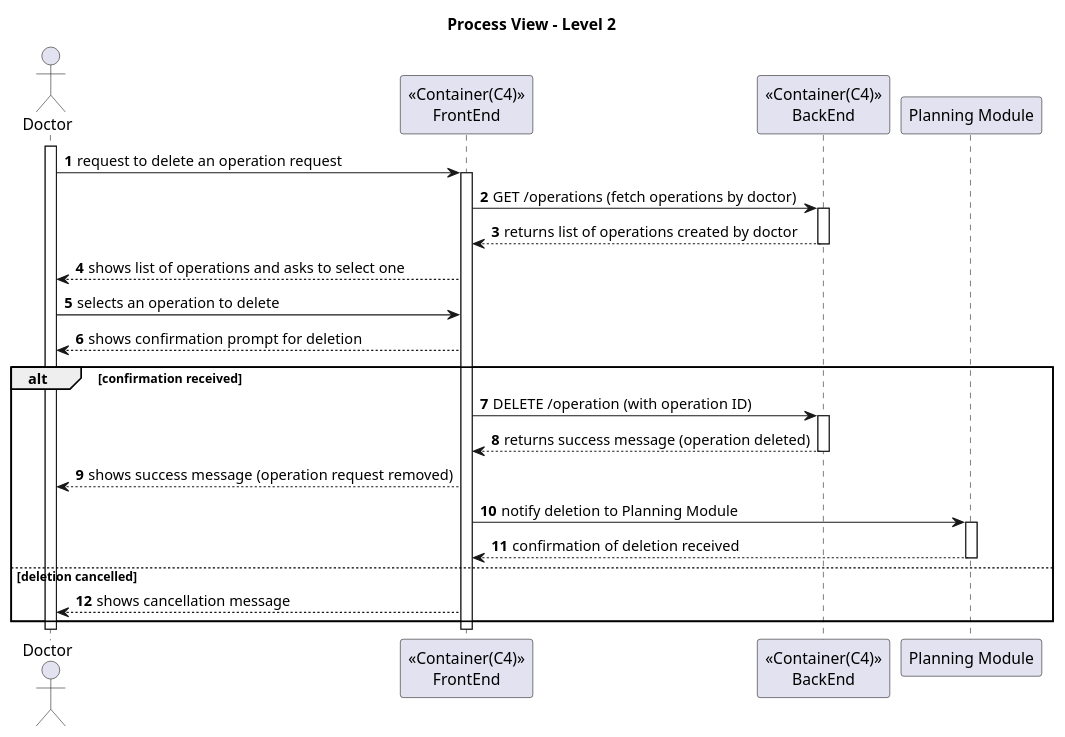
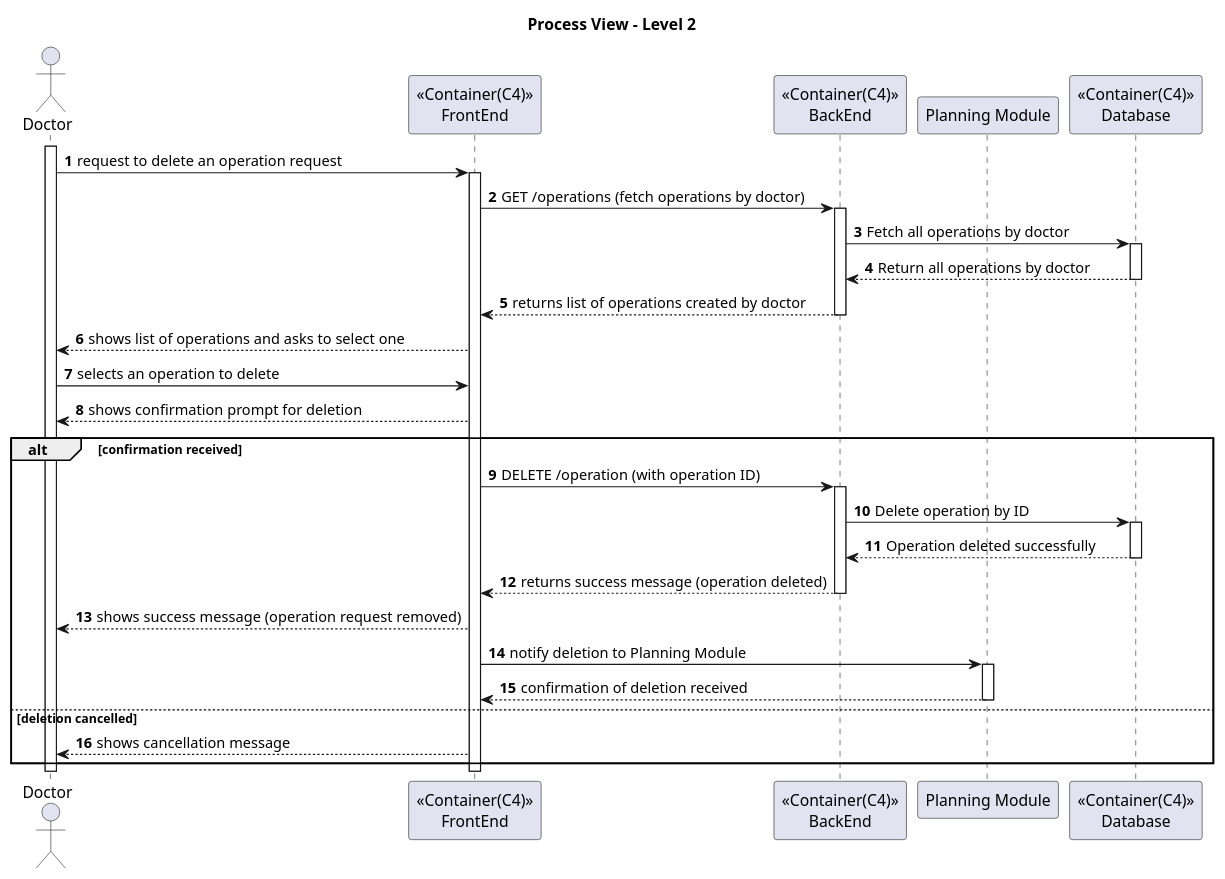
Before and after one commit to Saquinho74/LAPR5: the diagram in Docs/SprintA/US18/level2/process_view.puml, drawn with PlantUML. The commit also changed 2 other files, not shown here.

```diff
--- a/Docs/SprintA/US18/level2/process_view.puml
+++ b/Docs/SprintA/US18/level2/process_view.puml
@@ -1,62 +1,67 @@
 @startuml
 'https://plantuml.com/sequence-diagram
 
 autonumber
 actor Doctor as doc
 participant "<<Container(C4)>>\nFrontEnd" as sys
 participant "<<Container(C4)>>\nBackEnd" as BackEnd
 participant "Planning Module" as planning
+participant "<<Container(C4)>>\nDatabase" as DB
 
 title Process View - Level 2
-
 
 activate doc
 
 doc -> sys: request to delete an operation request
-
 activate sys
 
 sys -> BackEnd : GET /operations (fetch operations by doctor)
-
 activate BackEnd
 
-BackEnd --> sys : returns list of operations created by doctor
+BackEnd -> DB: Fetch all operations by doctor
+activate DB
 
+DB --> BackEnd: Return all operations by doctor
+deactivate DB
+
+BackEnd --> sys: returns list of operations created by doctor
 deactivate BackEnd
 
 sys --> doc: shows list of operations and asks to select one
 
 doc -> sys: selects an operation to delete
 
 sys --> doc: shows confirmation prompt for deletion
 
 alt confirmation received
 
-    sys -> BackEnd : DELETE /operation (with operation ID)
-
+    sys -> BackEnd: DELETE /operation (with operation ID)
     activate BackEnd
 
-    BackEnd --> sys : returns success message (operation deleted)
+    BackEnd -> DB: Delete operation by ID
+    activate DB
 
+    DB --> BackEnd: Operation deleted successfully
+    deactivate DB
+
+    BackEnd --> sys: returns success message (operation deleted)
     deactivate BackEnd
 
     sys --> doc: shows success message (operation request removed)
 
     sys -> planning: notify deletion to Planning Module
-
     activate planning
 
     planning --> sys: confirmation of deletion received
-
     deactivate planning
 
 else deletion cancelled
 
     sys --> doc: shows cancellation message
 
 end
 
 deactivate sys
 deactivate doc
 
 @enduml
```
